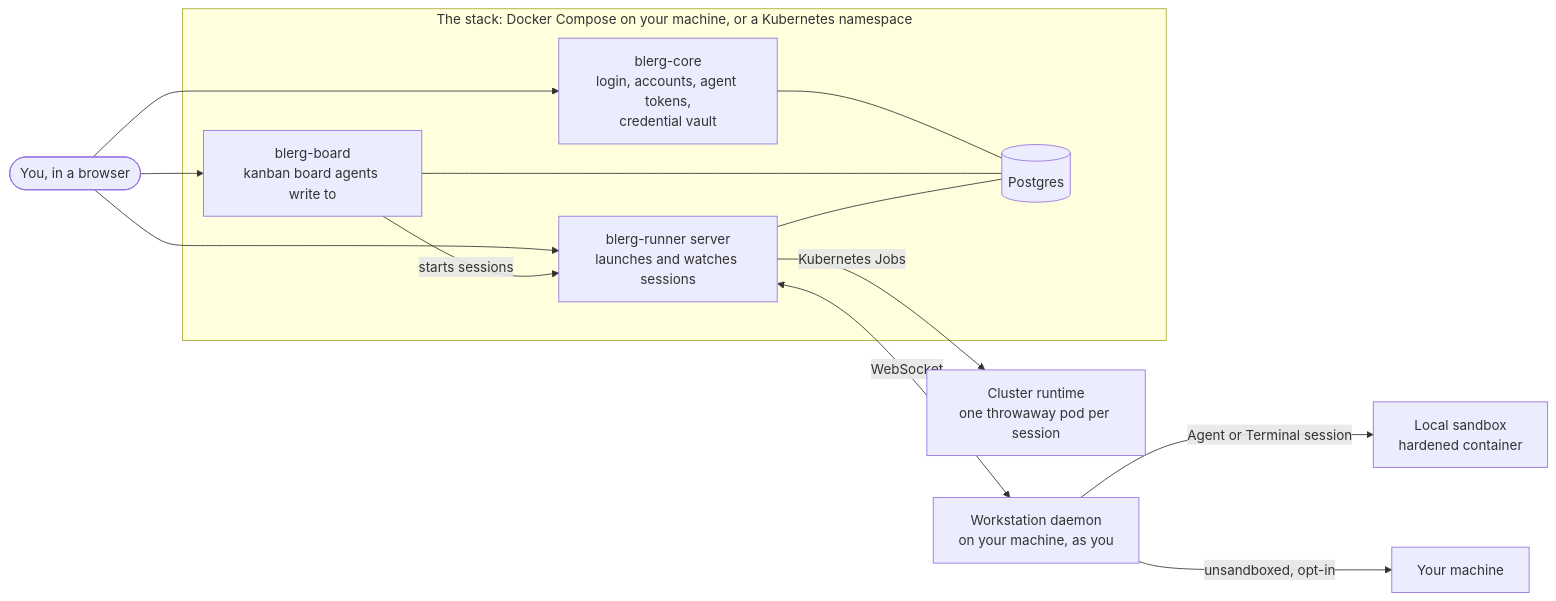
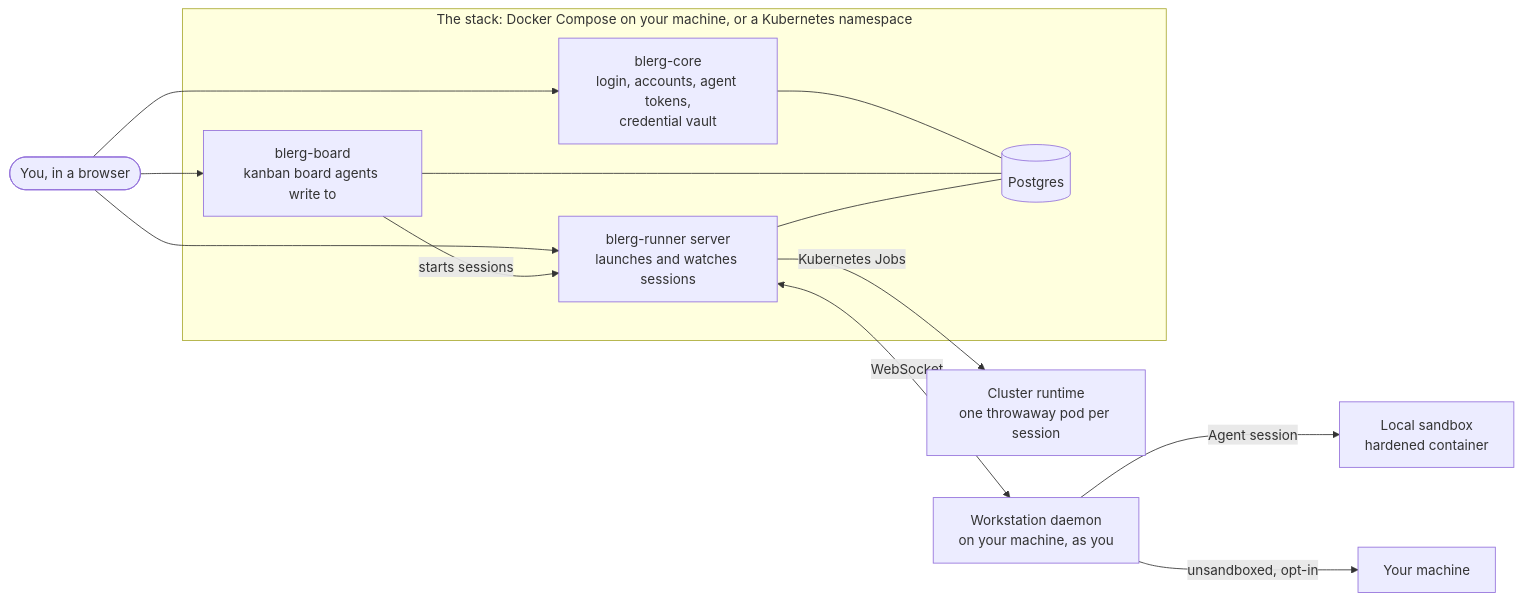
One commit to blerglab/blerg-ai changed the diagram in docs/architecture.md. Above: the diagram before and after it, drawn with Mermaid. The commit also changed other lines of this file and 3337 other files, not shown here.

````diff
--- a/docs/architecture.md
+++ b/docs/architecture.md
@@ -5,24 +10,24 @@
 ```mermaid
 flowchart LR
   you([You, in a browser])
   subgraph stack[The stack: Docker Compose on your machine, or a Kubernetes namespace]
     core[blerg-core<br/>login, accounts, agent tokens,<br/>credential vault]
     board[blerg-board<br/>kanban board agents write to]
     runner[blerg-runner server<br/>launches and watches sessions]
     db[(Postgres)]
   end
   daemon[Workstation daemon<br/>on your machine, as you]
   sandbox[Local sandbox<br/>hardened container]
   pod[Cluster runtime<br/>one throwaway pod per session]
   you --> core
   you --> board
   you --> runner
   board -->|starts sessions| runner
   core --- db
   board --- db
   runner --- db
   runner <-->|WebSocket| daemon
-  daemon -->|Agent or Terminal session| sandbox
+  daemon -->|Agent session| sandbox
   daemon -->|unsandboxed, opt-in| host[Your machine]
   runner -->|Kubernetes Jobs| pod
 ```
````
